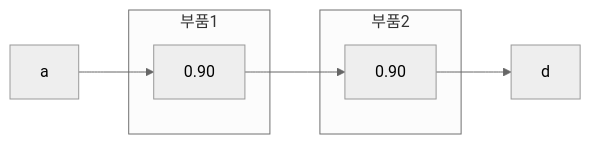
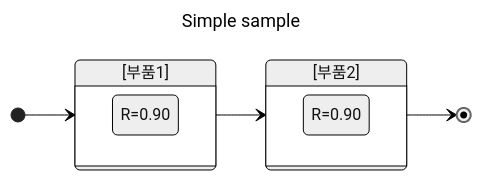
Before and after one commit to worksfree/rpa_profile: the first of 2 diagrams in mgt/기출문제.md, drawn with Mermaid (neutral theme). The commit also changed other lines of this file, not shown here.

````diff
--- a/mgt/기출문제.md
+++ b/mgt/기출문제.md
@@ -185,13 +185,18 @@
 ```mermaid
-flowchart LR
-    a
-    subgraph 부품1
-    b[0.90]
-    end
-    subgraph 부품2
-    c[0.90]
-    end
-    a --> b
-    b --> c
-    c --> d
+---
+title: Simple sample
+---
+stateDiagram
+    direction LR
+    [*] --> [부품1]
+    state [부품1] {
+      direction LR
+      a : R=0.90
+    }
+    state [부품2] {
+      direction LR
+      b: R=0.90
+    }
+    [부품1] --> [부품2]
+    [부품2] --> [*]
 ```
````
